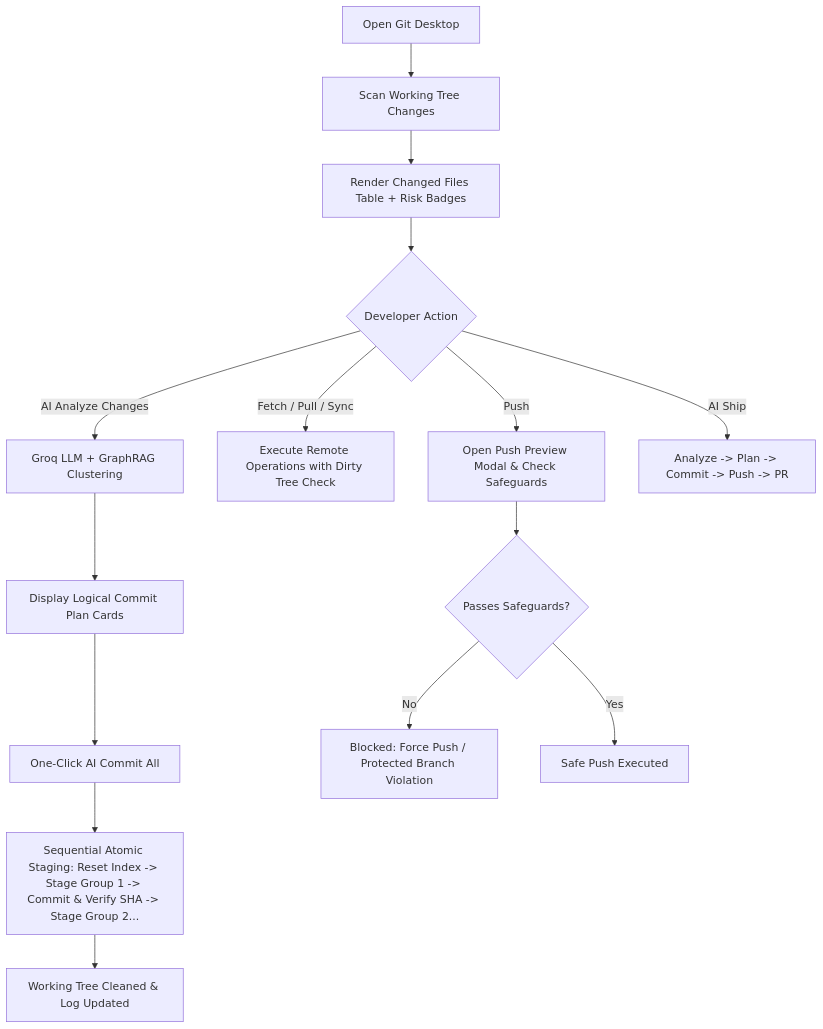
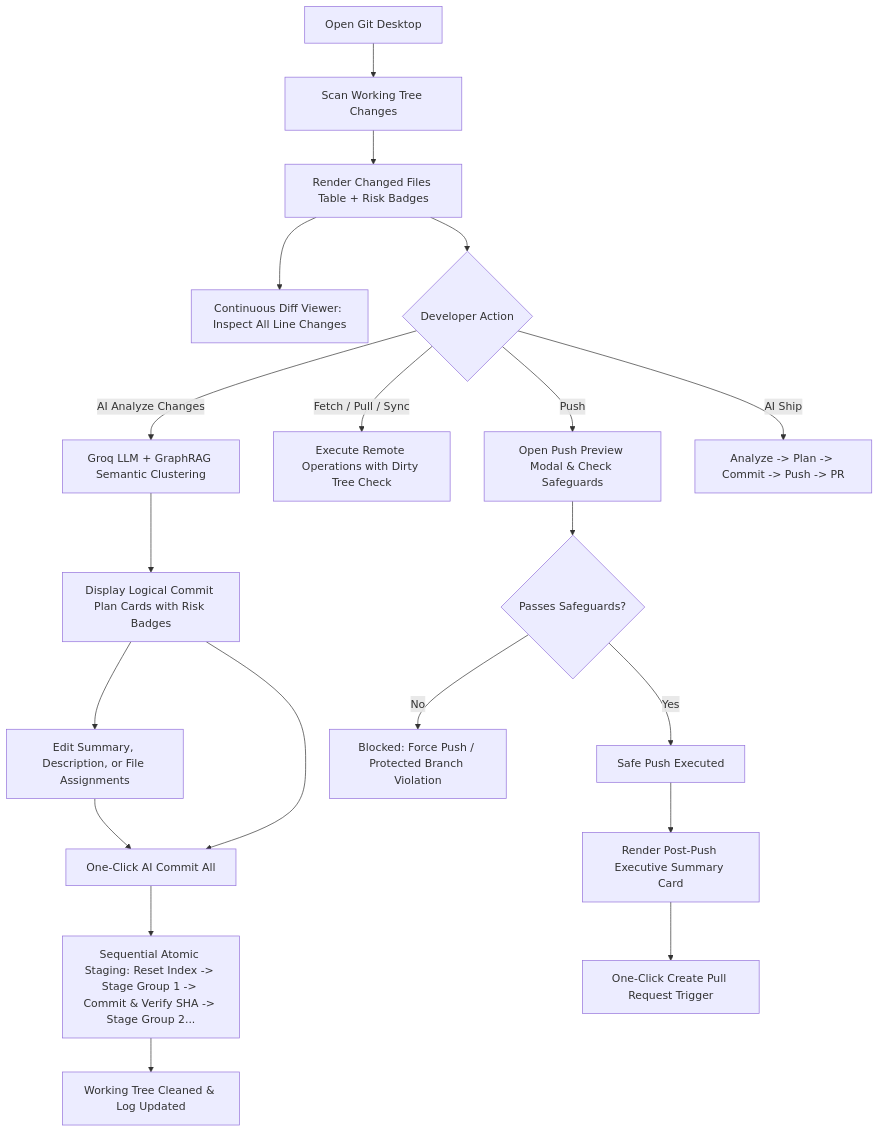
One commit to HarshPariya/git-agent changed the fourth of 6 diagrams in docs/workflow.md. Above: the diagram before and after it, drawn with Mermaid. The commit also changed other lines of this file and 4 other files, not shown here.

Commit message:
docs: comprehensive architectural, API, workflow, and testing documentation

````diff
--- a/docs/workflow.md
+++ b/docs/workflow.md
@@ -166,20 +166,27 @@
 ```mermaid
 flowchart TD
     GD_START[Open Git Desktop] --> GD_DETECT[Scan Working Tree Changes]
     GD_DETECT --> GD_TABLE[Render Changed Files Table + Risk Badges]
     
+    GD_TABLE --> GD_DIFF[Continuous Diff Viewer: Inspect All Line Changes]
     GD_TABLE --> GD_ACT{Developer Action}
-    GD_ACT -->|AI Analyze Changes| GD_PLAN[Groq LLM + GraphRAG Clustering]
+    
+    GD_ACT -->|AI Analyze Changes| GD_PLAN[Groq LLM + GraphRAG Semantic Clustering]
     GD_ACT -->|Fetch / Pull / Sync| GD_REMOTE[Execute Remote Operations with Dirty Tree Check]
     GD_ACT -->|Push| GD_PREVIEW[Open Push Preview Modal & Check Safeguards]
     GD_ACT -->|AI Ship| GD_SHIP[Analyze -> Plan -> Commit -> Push -> PR]
     
-    GD_PLAN --> GD_CARDS[Display Logical Commit Plan Cards]
-    GD_CARDS --> GD_COMMIT_ALL[One-Click AI Commit All]
+    GD_PLAN --> GD_CARDS[Display Logical Commit Plan Cards with Risk Badges]
+    GD_CARDS --> GD_EDIT[Edit Summary, Description, or File Assignments]
+    GD_EDIT --> GD_COMMIT_ALL[One-Click AI Commit All]
+    GD_CARDS --> GD_COMMIT_ALL
+    
     GD_COMMIT_ALL --> GD_SEQ[Sequential Atomic Staging: Reset Index -> Stage Group 1 -> Commit & Verify SHA -> Stage Group 2...]
     GD_SEQ --> GD_CLEAN[Working Tree Cleaned & Log Updated]
     
     GD_PREVIEW --> GD_SAFE{Passes Safeguards?}
     GD_SAFE -- No --> GD_BLOCK[Blocked: Force Push / Protected Branch Violation]
     GD_SAFE -- Yes --> GD_PUSH_EXEC[Safe Push Executed]
+    GD_PUSH_EXEC --> GD_SUMMARY[Render Post-Push Executive Summary Card]
+    GD_SUMMARY --> GD_CREATE_PR[One-Click Create Pull Request Trigger]
 ```
````
